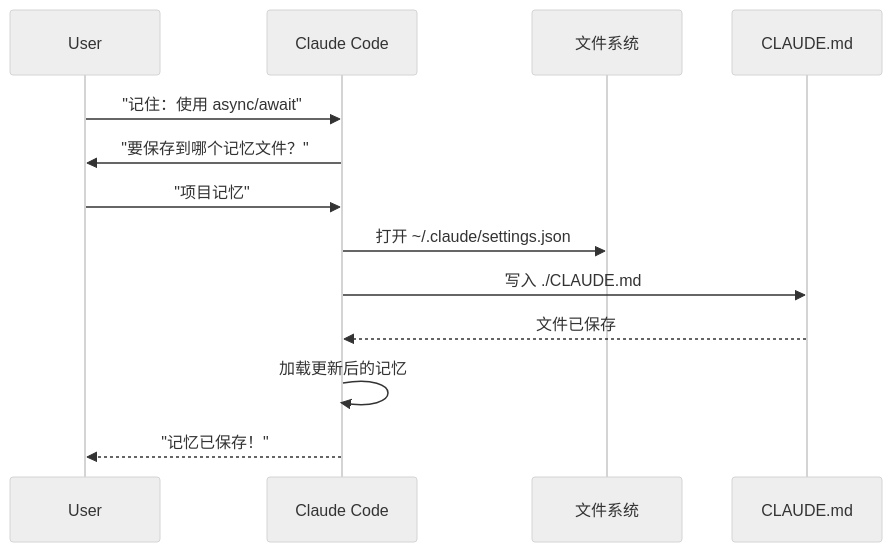
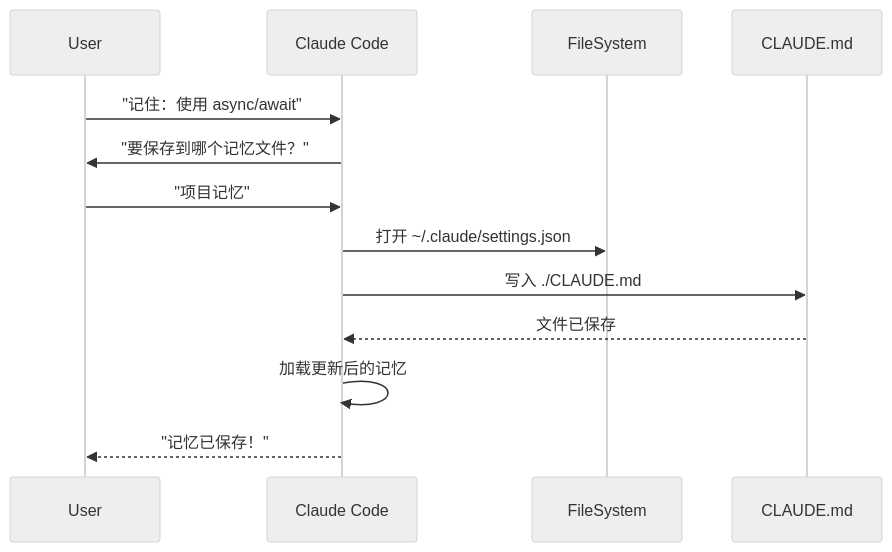
The third of 4 diagrams in 02-memory/README.md (Rx782-Fss/claude-howto-zh), drawn with Mermaid (neutral theme) before and after one commit. The commit also changed 4 other files, not shown here.

Commit message:
fix: sequenceDiagram participant as 中文别名改为英文避免 GitHub 渲染失败

````diff
--- a/02-memory/README.md
+++ b/02-memory/README.md
@@ -341,16 +341,16 @@
 ```mermaid
 sequenceDiagram
     participant User
     participant Claude as Claude Code
-    participant Editor as 文件系统
+    participant Editor as FileSystem
     participant Memory as CLAUDE.md
 
     User->>Claude: "记住：使用 async/await"
     Claude->>User: "要保存到哪个记忆文件？"
     User->>Claude: "项目记忆"
     Claude->>Editor: 打开 ~/.claude/settings.json
     Claude->>Memory: 写入 ./CLAUDE.md
     Memory-->>Claude: 文件已保存
     Claude->>Claude: 加载更新后的记忆
     Claude-->>User: "记忆已保存！"
 ```
````
